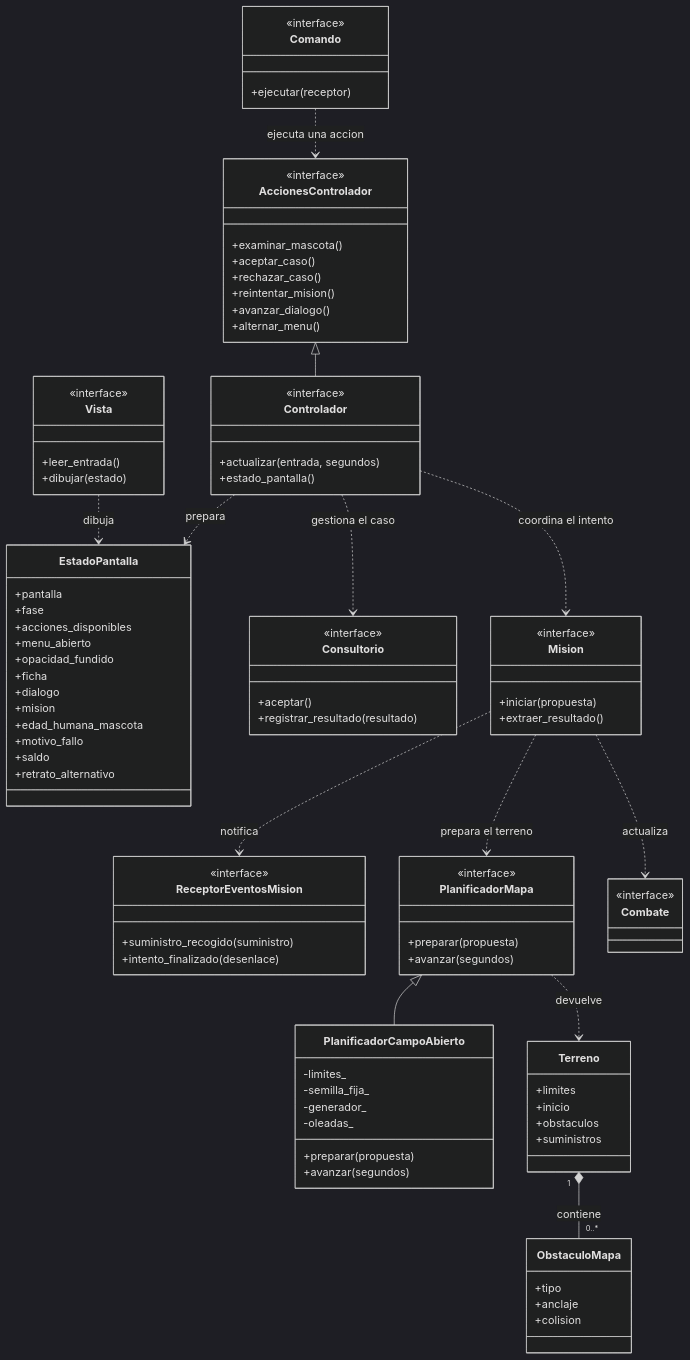
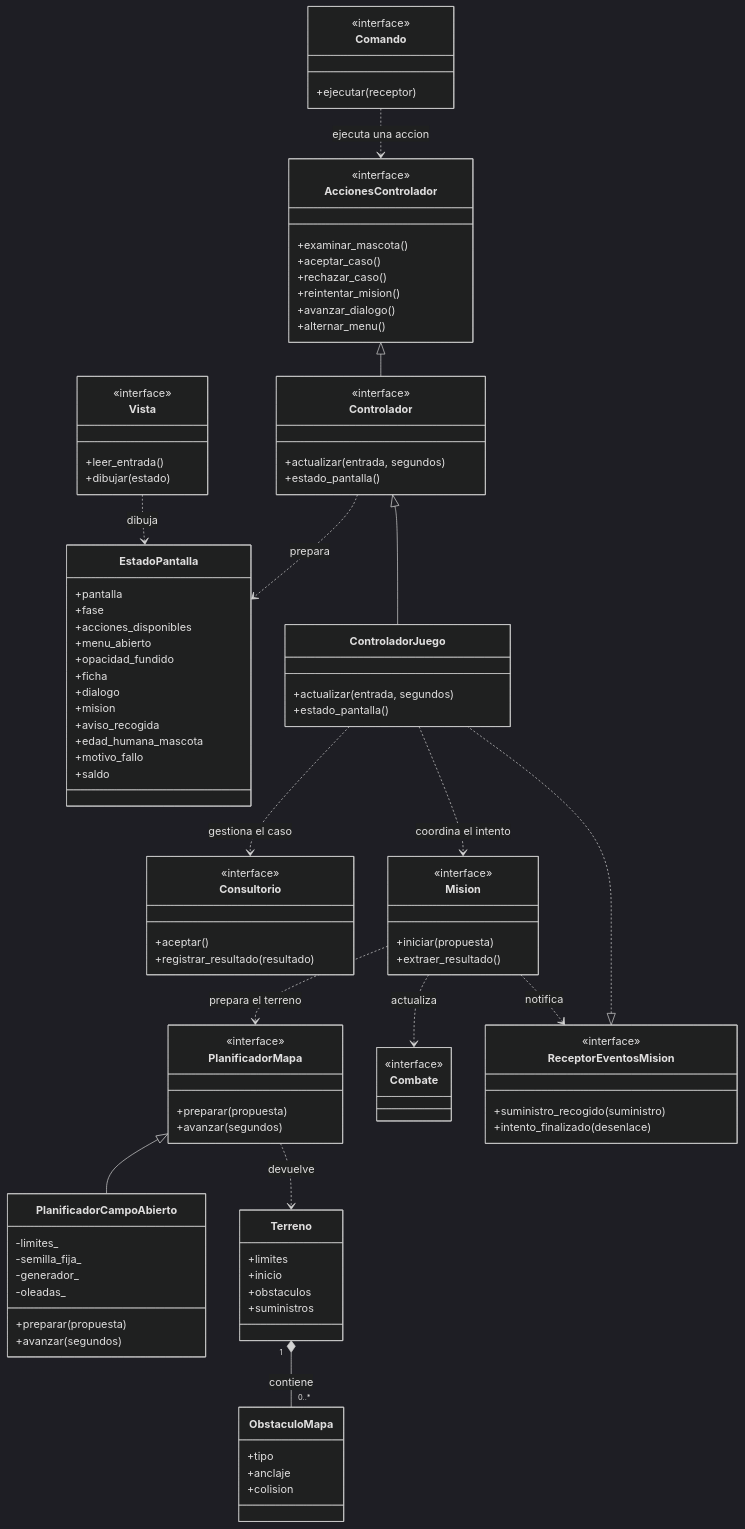
One commit to sandra-aliaga/veterinaria-apocaliptica-to changed the first of 4 diagrams in README.md. Above: the diagram before and after it, drawn with Mermaid (dark theme). The commit also changed other lines of this file and 38 other files, not shown here.

```diff
--- a/README.md
+++ b/README.md
@@ -240,6 +246,10 @@
         +actualizar(entrada, segundos)
         +estado_pantalla()
     }
+    class ControladorJuego {
+        +actualizar(entrada, segundos)
+        +estado_pantalla()
+    }
     class EstadoPantalla {
         +pantalla
         +fase
@@ -249,10 +259,10 @@
         +ficha
         +dialogo
         +mision
+        +aviso_recogida
         +edad_humana_mascota
         +motivo_fallo
         +saldo
-        +retrato_alternativo
     }
     class AccionesControlador {
         <<interface>>
@@ -313,8 +323,10 @@
     Controlador ..> EstadoPantalla : prepara
     AccionesControlador <|-- Controlador
     Comando ..> AccionesControlador : ejecuta una accion
-    Controlador ..> Consultorio : gestiona el caso
-    Controlador ..> Mision : coordina el intento
+    Controlador <|-- ControladorJuego
+    ReceptorEventosMision <|.. ControladorJuego
+    ControladorJuego ..> Consultorio : gestiona el caso
+    ControladorJuego ..> Mision : coordina el intento
     Mision ..> PlanificadorMapa : prepara el terreno
     PlanificadorMapa <|-- PlanificadorCampoAbierto
     PlanificadorMapa ..> Terreno : devuelve
```
